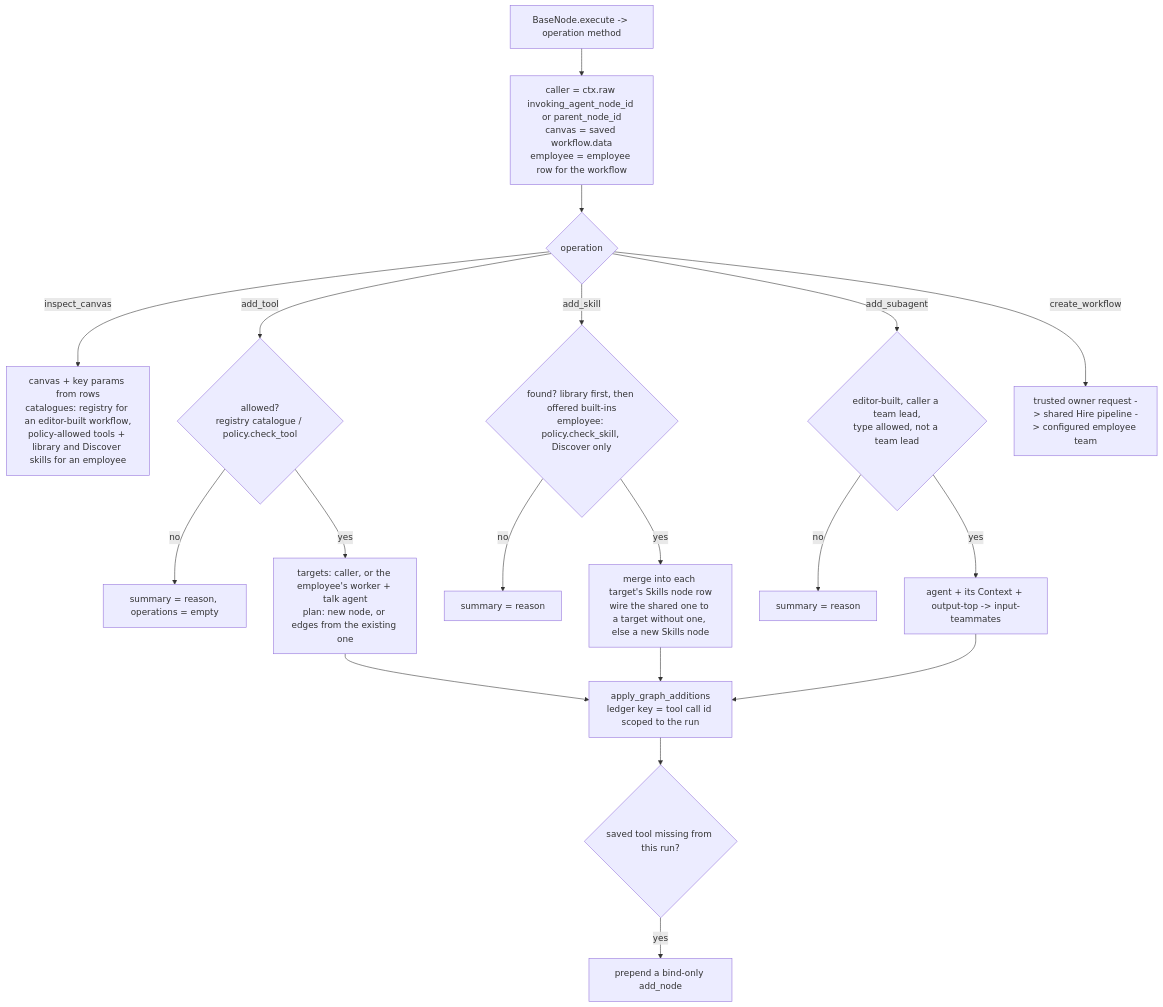
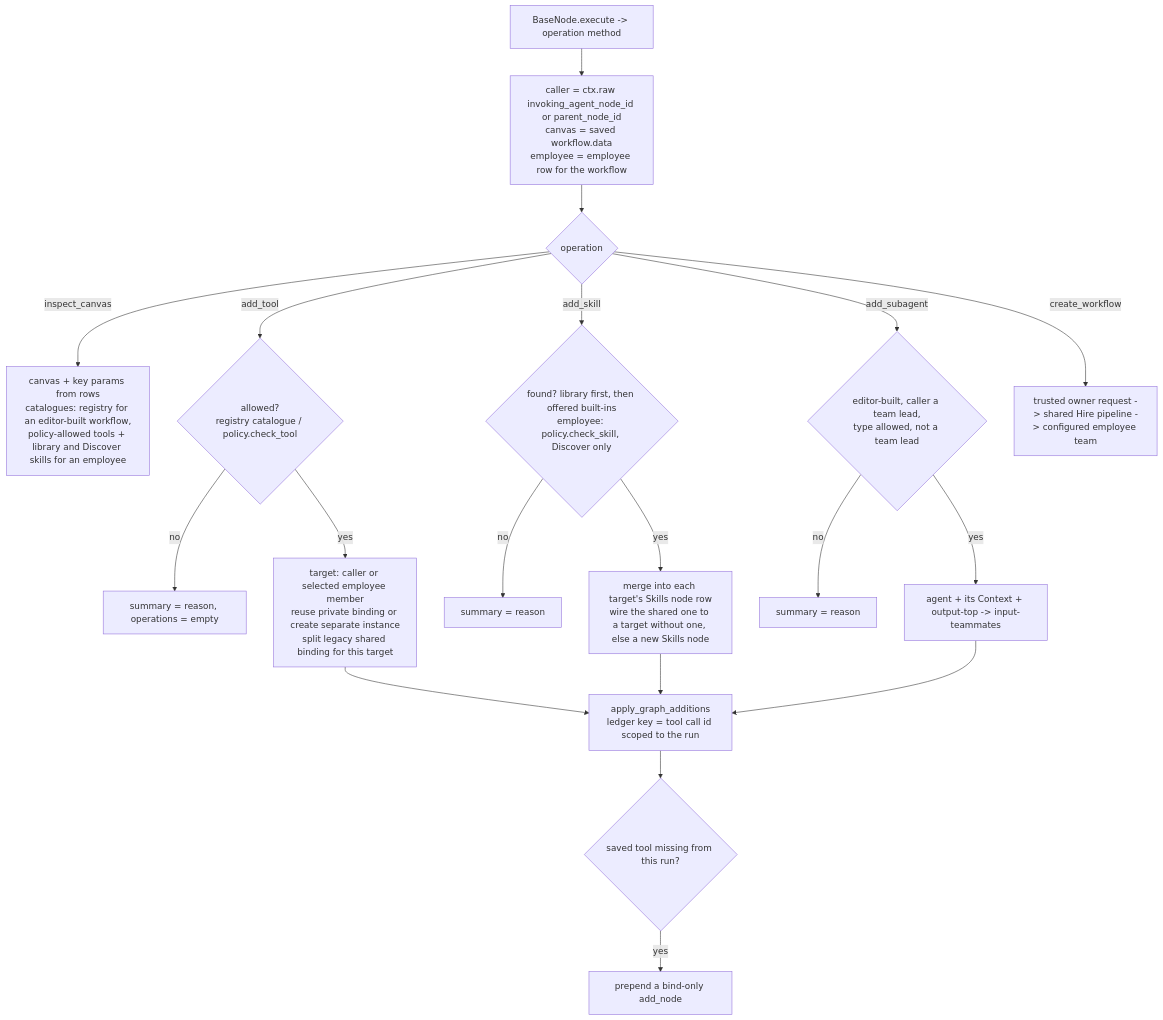
One commit to zeenie-ai/OpenCompany changed the diagram in docs-internal/node-logic-flows/ai_tools/agentBuilder.md. Above: the diagram before and after it, drawn with Mermaid. The commit also changed other lines of this file and 18 other files, not shown here.

First line of the commit message:
Give each AI employee tool one owning agent

````diff
--- a/docs-internal/node-logic-flows/ai_tools/agentBuilder.md
+++ b/docs-internal/node-logic-flows/ai_tools/agentBuilder.md
@@ -102,21 +103,21 @@
 ```mermaid
 flowchart TD
   A[BaseNode.execute -> operation method] --> C[caller = ctx.raw invoking_agent_node_id or parent_node_id<br/>canvas = saved workflow.data<br/>employee = employee row for the workflow]
   C --> R{operation}
   R -- inspect_canvas --> I[canvas + key params from rows<br/>catalogues: registry for an editor-built workflow,<br/>policy-allowed tools + library and Discover skills for an employee]
   R -- add_tool --> T{allowed?<br/>registry catalogue / policy.check_tool}
   T -- no --> Tn[summary = reason, operations = empty]
-  T -- yes --> Tp[targets: caller, or the employee's worker + talk agent<br/>plan: new node, or edges from the existing one]
+  T -- yes --> Tp[target: caller or selected employee member<br/>reuse private binding or create separate instance<br/>split legacy shared binding for this target]
   Tp --> S[apply_graph_additions<br/>ledger key = tool call id scoped to the run]
   S --> Tb{saved tool missing from this run?}
   Tb -- yes --> Tbo[prepend a bind-only add_node]
   R -- add_skill --> K{found? library first, then offered built-ins<br/>employee: policy.check_skill, Discover only}
   K -- no --> Kn[summary = reason]
   K -- yes --> Kp[merge into each target's Skills node row<br/>wire the shared one to a target without one, else a new Skills node]
   Kp --> S
   R -- add_subagent --> G{editor-built, caller a team lead,<br/>type allowed, not a team lead}
   G -- no --> Gn[summary = reason]
   G -- yes --> Gp[agent + its Context + output-top -> input-teammates]
   Gp --> S
   R -- create_workflow --> W[trusted owner request -> shared Hire pipeline -> configured employee team]
 ```
````
